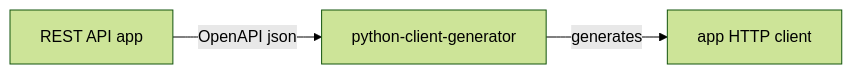
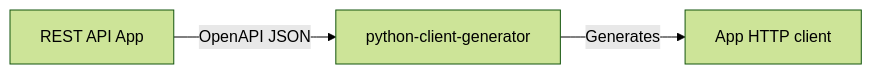
The diagram in README.md (sennder/python-client-generator), drawn with Mermaid (forest theme) before and after one commit. The commit also changed other lines of this file, not shown here.

````diff
--- a/README.md
+++ b/README.md
@@ -7,9 +6,9 @@
 ```mermaid
 flowchart LR
     generator["python-client-generator"]
-    app["REST API app"]
-    package["app HTTP client"]
+    app["REST API App"]
+    package["App HTTP client"]
 
-    app -- "OpenAPI json" --> generator
-    generator -- "generates" --> package
+    app -- "OpenAPI JSON" --> generator
+    generator -- "Generates" --> package
 ```
````
